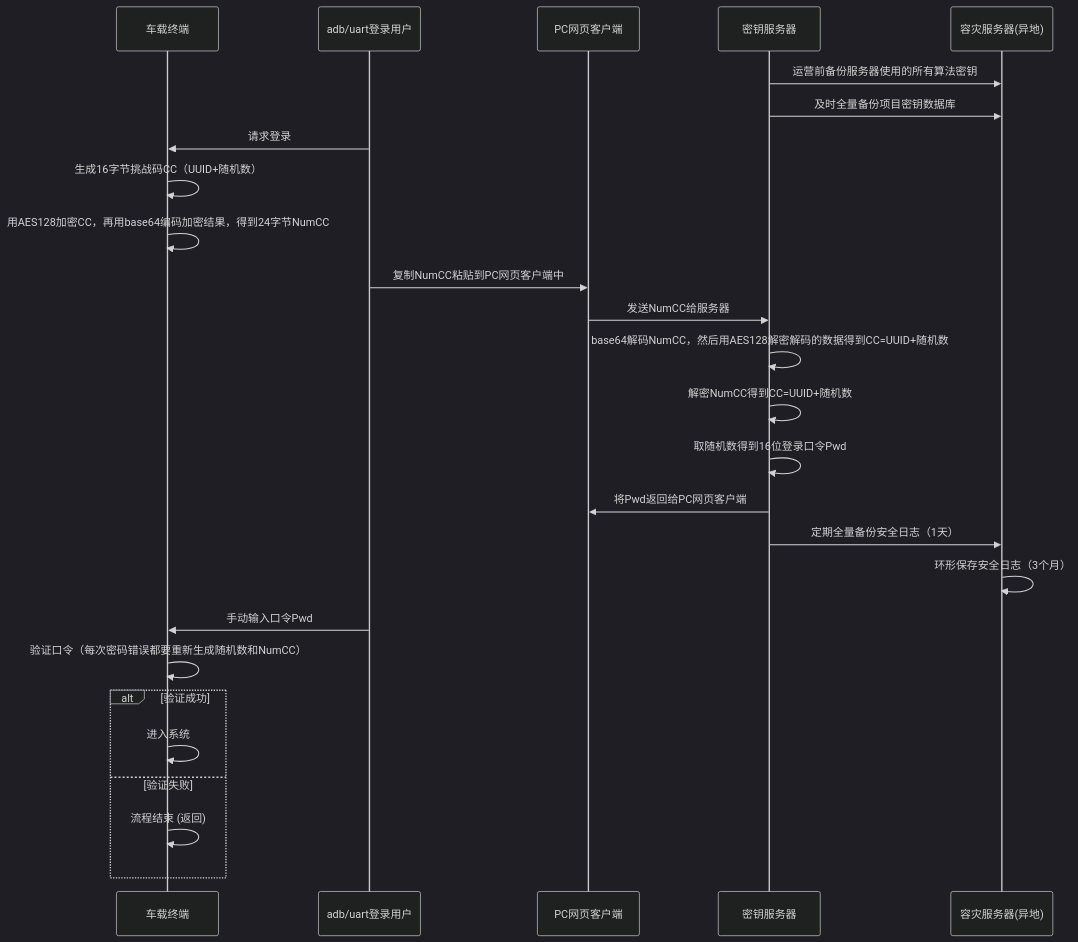
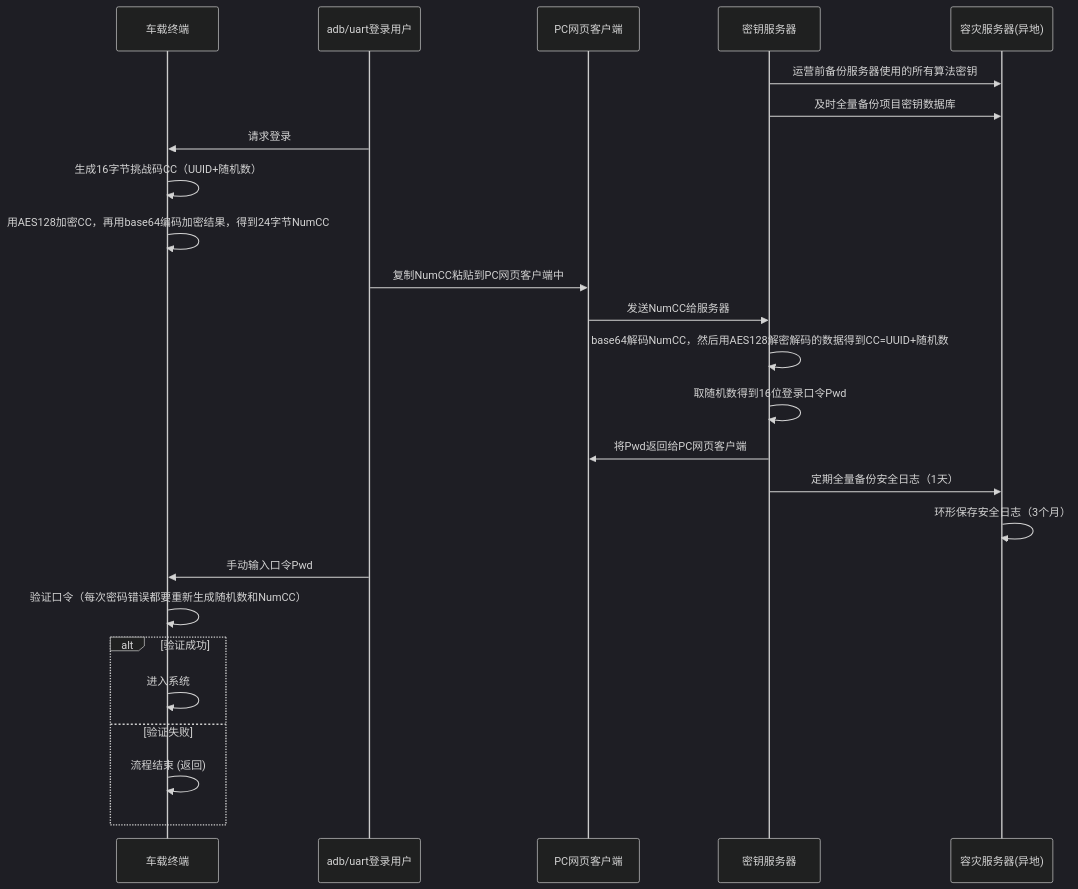
One commit to facebook-cloud/iodraw-files changed the diagram in all/未命名-19.md. Above: the diagram before and after it, drawn with Mermaid (dark theme).

Commit message:
2026-03-19 16:48:37 update

````diff
--- a/all/未命名-19.md
+++ b/all/未命名-19.md
@@ -1,33 +1,33 @@
 ```mermaid
 sequenceDiagram
     participant tbox as 车载终端
     participant user as adb/uart登录用户
     participant pc as PC网页客户端
     participant tech_center as 密钥服务器
     participant backup as 容灾服务器(异地)
   
     tech_center->>backup: 运营前备份服务器使用的所有算法密钥
     tech_center->>backup: 及时全量备份项目密钥数据库
 
     user->>tbox: 请求登录
     tbox->>tbox: 生成16字节挑战码CC（UUID+随机数）
     tbox->>tbox: 用AES128加密CC，再用base64编码加密结果，得到24字节NumCC
     user->>pc: 复制NumCC粘贴到PC网页客户端中
     pc->>tech_center: 发送NumCC给服务器
     tech_center->>tech_center: base64解码NumCC，然后用AES128解密解码的数据得到CC=UUID+随机数
-    tech_center->>tech_center: 解密NumCC得到CC=UUID+随机数
+
     tech_center->>tech_center: 取随机数得到16位登录口令Pwd
     tech_center->>pc: 将Pwd返回给PC网页客户端
 
     tech_center->>backup: 定期全量备份安全日志（1天）
     backup->>backup: 环形保存安全日志（3个月）
     user->>tbox: 手动输入口令Pwd
     tbox->>tbox: 验证口令（每次密码错误都要重新生成随机数和NumCC）
     alt 验证成功
         tbox->>tbox: 进入系统
     else 验证失败
         tbox->>tbox: 流程结束 (返回)
     end
 
 
 ```
````
